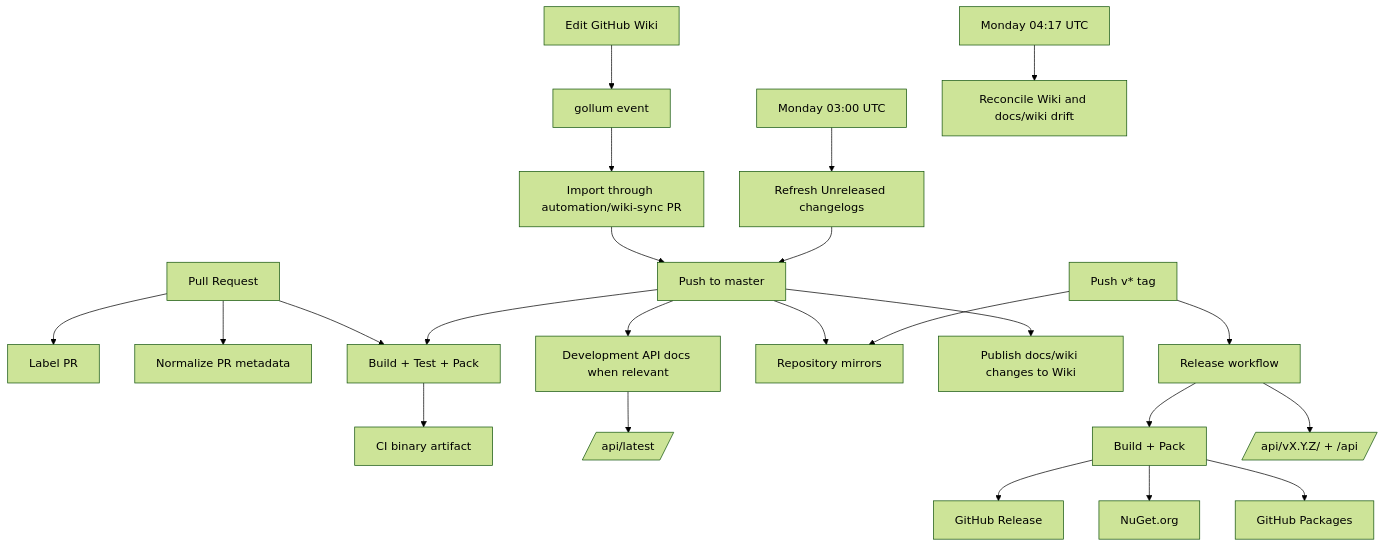
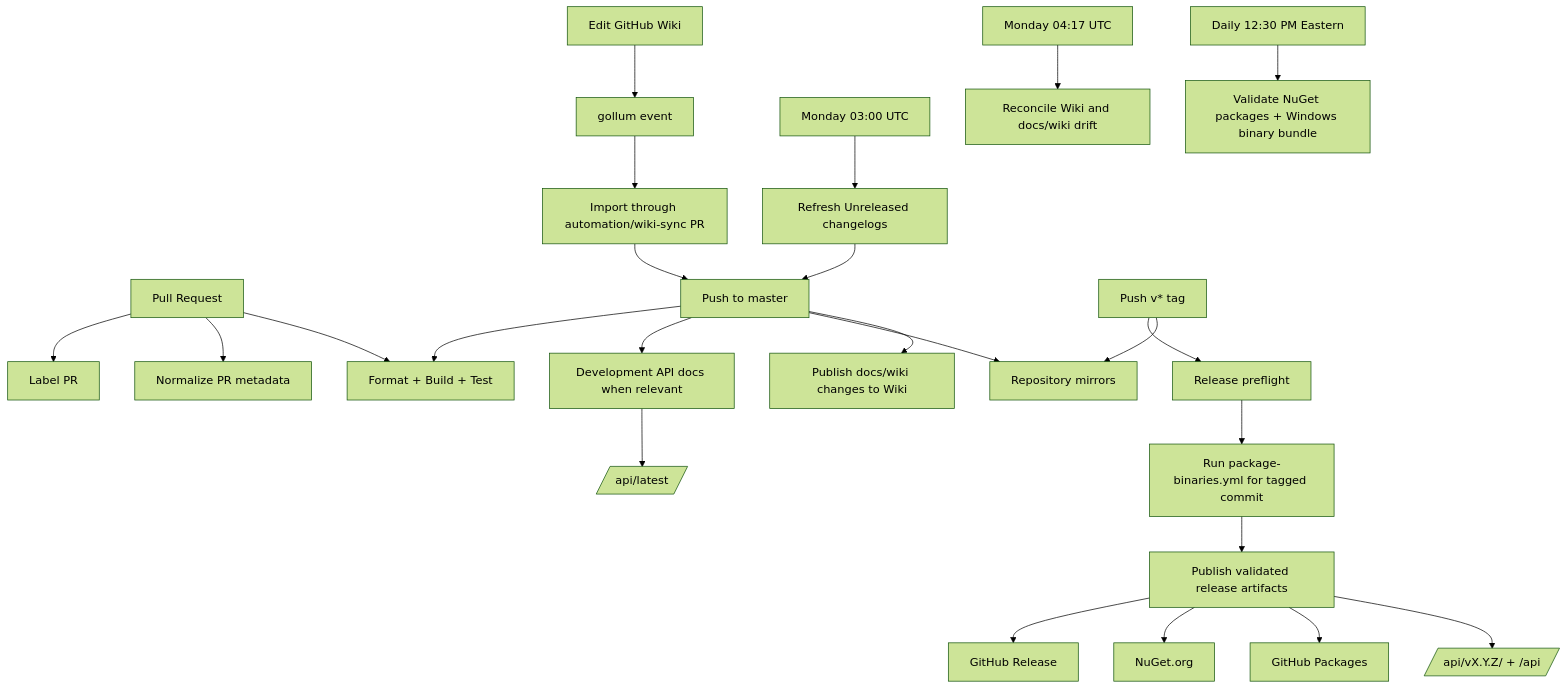
The first of 3 diagrams in docs/wiki/GitHub-Automation-and-Workflows.md (Isthimius/Gondwana), drawn with Mermaid (forest theme) before and after one commit. The commit also changed other lines of this file and 1 other file, not shown here.

````diff
--- a/docs/wiki/GitHub-Automation-and-Workflows.md
+++ b/docs/wiki/GitHub-Automation-and-Workflows.md
@@ -67,31 +69,33 @@
 ```mermaid
 flowchart TD
     PR[Pull Request] --> LABEL[Label PR]
     PR --> FORMAT[Normalize PR metadata]
-    PR --> CI[Build + Test + Pack]
+    PR --> CI[Format + Build + Test]
 
     MASTER[Push to master] --> CI
     MASTER --> DOCS[Development API docs when relevant]
     MASTER --> MIRRORS[Repository mirrors]
     MASTER --> WIKIPUB[Publish docs/wiki changes to Wiki]
 
     WIKIEDIT[Edit GitHub Wiki] --> GOLLUM[gollum event]
     GOLLUM --> WIKIIMPORT[Import through automation/wiki-sync PR]
     WIKIIMPORT --> MASTER
 
     CHGWEEKLY[Monday 03:00 UTC] --> CHG[Refresh Unreleased changelogs]
     CHG --> MASTER
 
     WIKIWEEKLY[Monday 04:17 UTC] --> RECONCILE[Reconcile Wiki and docs/wiki drift]
 
-    TAG[Push v* tag] --> RELEASE[Release workflow]
+    DAILY[Daily 12:30 PM Eastern] --> PKG[Validate NuGet packages + Windows binary bundle]
+
+    TAG[Push v* tag] --> RELEASE[Release preflight]
     TAG --> MIRRORS
+    RELEASE --> SHARED[Run package-binaries.yml for tagged commit]
+    SHARED --> PUB[Publish validated release artifacts]
+    PUB --> GHREL[GitHub Release]
+    PUB --> NUGET[NuGet.org]
+    PUB --> GHPKG[GitHub Packages]
+    PUB --> STABLEAPI[/api/vX.Y.Z/ + /api/]
 
-    CI --> ARTIFACT[CI binary artifact]
     DOCS --> DEVAPI[/api/latest/]
-    RELEASE --> BUILD[Build + Pack]
-    BUILD --> GHREL[GitHub Release]
-    BUILD --> NUGET[NuGet.org]
-    BUILD --> GHPKG[GitHub Packages]
-    RELEASE --> STABLEAPI[/api/vX.Y.Z/ + /api/]
 ```
````
